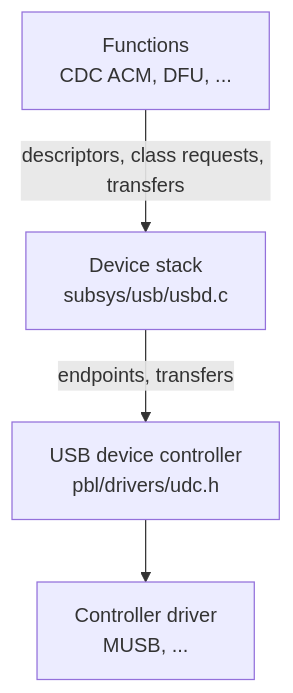
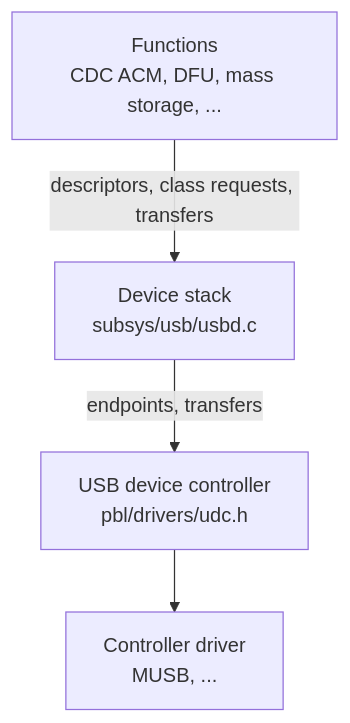
One commit to coredevices/PebbleOS changed the diagram in docs/subsystems/usb.md. Above: the diagram before and after it, drawn with Mermaid. The commit also changed other lines of this file and 4 other files, not shown here.

````diff
--- a/docs/subsystems/usb.md
+++ b/docs/subsystems/usb.md
@@ -7,10 +7,10 @@
 ```{mermaid}
 flowchart TD
-  fn["Functions<br/>CDC ACM, DFU, ..."]
+  fn["Functions<br/>CDC ACM, DFU, mass storage, ..."]
   usbd["Device stack<br/>subsys/usb/usbd.c"]
   udc["USB device controller<br/>pbl/drivers/udc.h"]
   drv["Controller driver<br/>MUSB, ..."]
   fn -- "descriptors, class requests, transfers" --> usbd
   usbd -- "endpoints, transfers" --> udc
   udc --> drv
 ```
````
